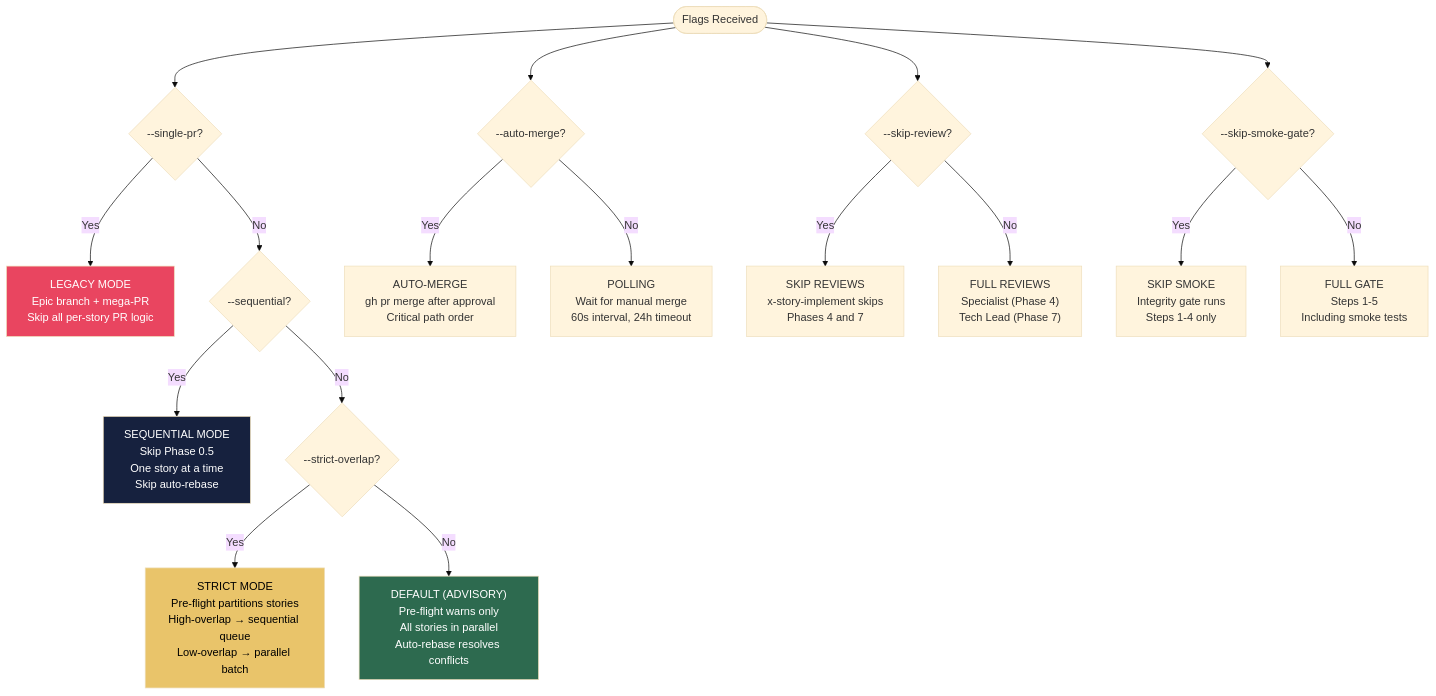
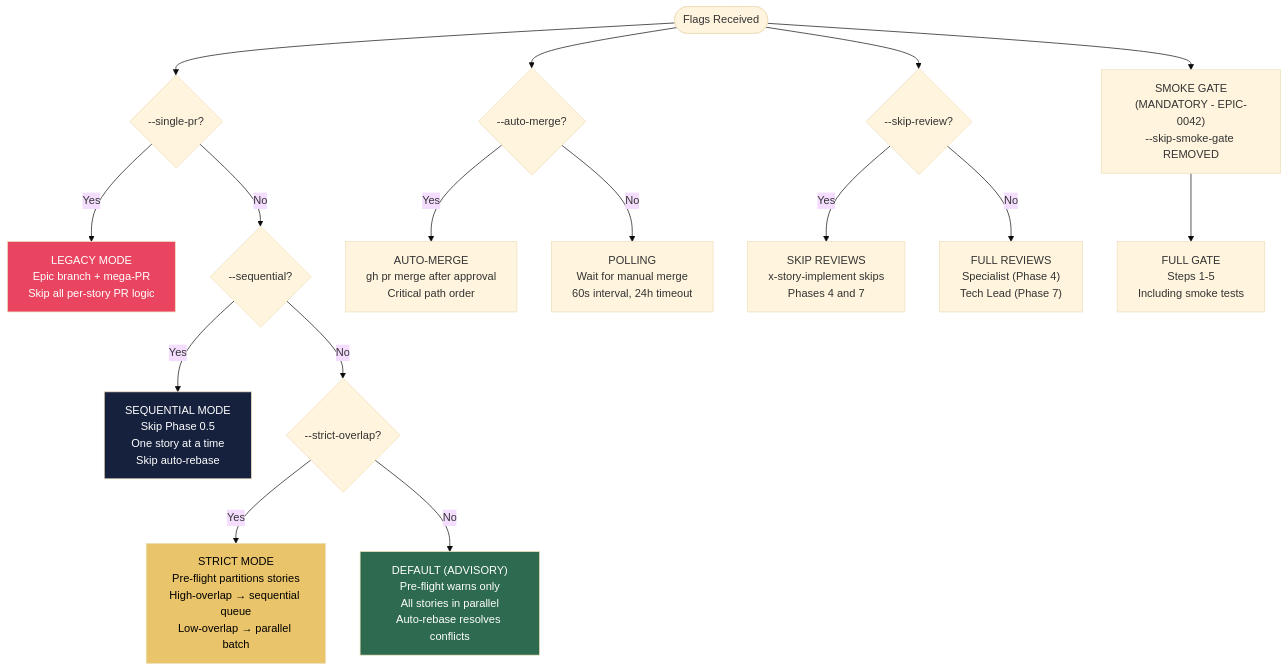
The fifth of 8 diagrams in java/src/main/resources/targets/claude/skills/core/dev/x-epic-implement/README.md (edercnj/ia-dev-environment), drawn with Mermaid (base theme) before and after one commit. The commit also changed other lines of this file and 3 other files, not shown here.

First line of the commit message:
feat(epic-0042): add smoke test verification to QA review and remove --skip-smoke-gate (Wave 2)

````diff
--- a/java/src/main/resources/targets/claude/skills/core/dev/x-epic-implement/README.md
+++ b/java/src/main/resources/targets/claude/skills/core/dev/x-epic-implement/README.md
@@ -249,29 +249,28 @@
 ```mermaid
 flowchart TD
     FLAGS([Flags Received]) --> F1{--single-pr?}
     F1 -->|Yes| LEGACY["LEGACY MODE<br/>Epic branch + mega-PR<br/>Skip all per-story PR logic"]
     F1 -->|No| F2{--sequential?}
 
     F2 -->|Yes| SEQMODE["SEQUENTIAL MODE<br/>Skip Phase 0.5<br/>One story at a time<br/>Skip auto-rebase"]
     F2 -->|No| F3{--strict-overlap?}
 
     F3 -->|Yes| STRICT["STRICT MODE<br/>Pre-flight partitions stories<br/>High-overlap → sequential queue<br/>Low-overlap → parallel batch"]
     F3 -->|No| ADVISORY["DEFAULT (ADVISORY)<br/>Pre-flight warns only<br/>All stories in parallel<br/>Auto-rebase resolves conflicts"]
 
     FLAGS --> F4{--auto-merge?}
     F4 -->|Yes| AUTO["AUTO-MERGE<br/>gh pr merge after approval<br/>Critical path order"]
     F4 -->|No| POLL["POLLING<br/>Wait for manual merge<br/>60s interval, 24h timeout"]
 
     FLAGS --> F5{--skip-review?}
     F5 -->|Yes| NOREVIEW["SKIP REVIEWS<br/>x-story-implement skips<br/>Phases 4 and 7"]
     F5 -->|No| FULLREVIEW["FULL REVIEWS<br/>Specialist (Phase 4)<br/>Tech Lead (Phase 7)"]
 
-    FLAGS --> F6{--skip-smoke-gate?}
-    F6 -->|Yes| NOSMOKE["SKIP SMOKE<br/>Integrity gate runs<br/>Steps 1-4 only"]
-    F6 -->|No| FULLSMOKE["FULL GATE<br/>Steps 1-5<br/>Including smoke tests"]
+    FLAGS --> F6["SMOKE GATE<br/>(MANDATORY - EPIC-0042)<br/>--skip-smoke-gate REMOVED"]
+    F6 --> FULLSMOKE["FULL GATE<br/>Steps 1-5<br/>Including smoke tests"]
 
     style LEGACY fill:#e94560,color:#fff
     style ADVISORY fill:#2d6a4f,color:#fff
     style STRICT fill:#e9c46a,color:#000
     style SEQMODE fill:#16213e,color:#fff
 ```
````
